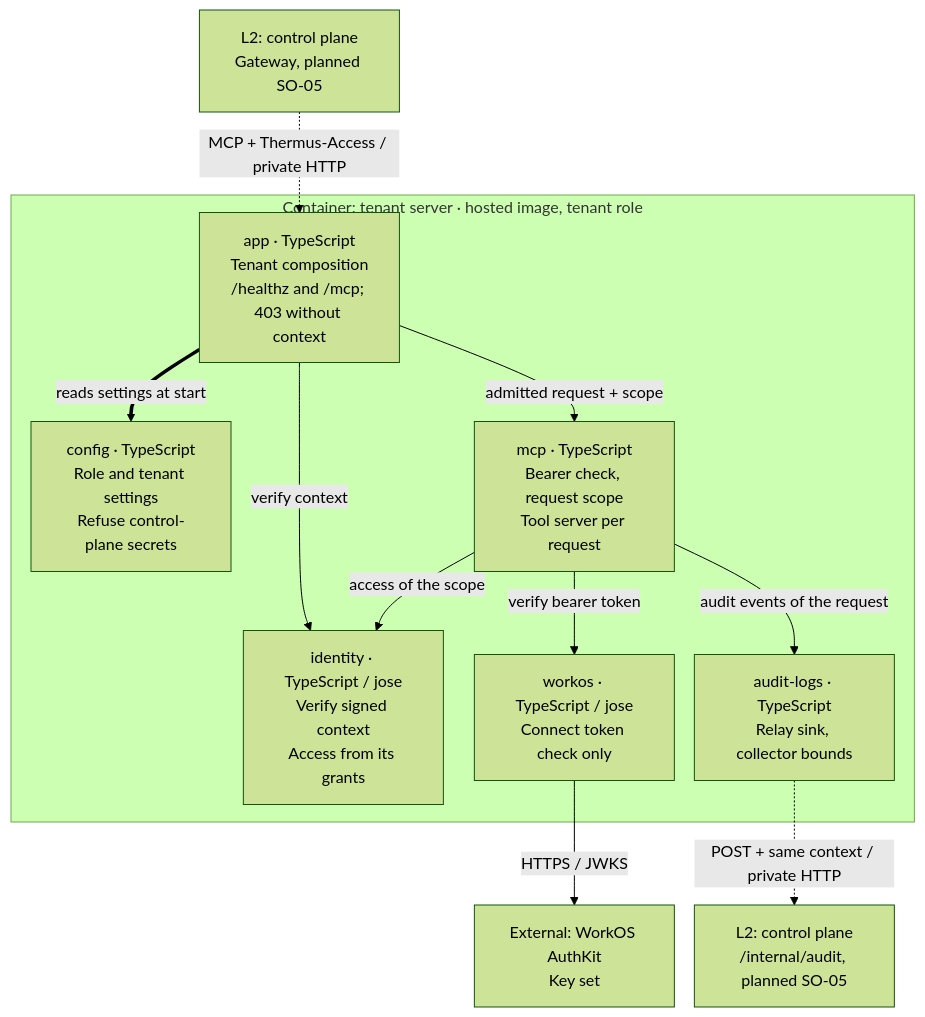
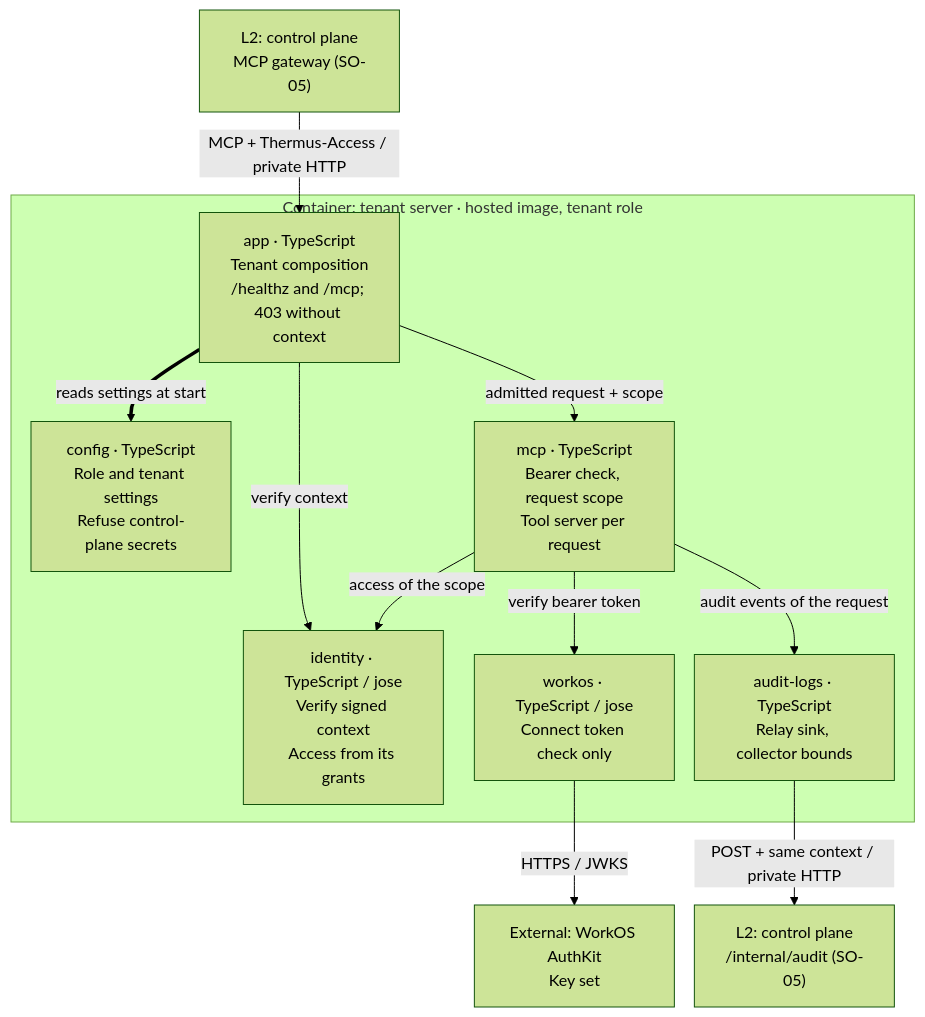
Before and after one commit to tomer-mayara/Thermus: the sixth of 20 diagrams in architecture/components.md, drawn with Mermaid (forest theme). The commit also changed other lines of this file and 89 other files, not shown here.

First line of the commit message:
Add the MCP gateway and the audit relay route behind MCP_TENANTS_ENABLED (SO-05) (#285)

````diff
--- a/architecture/components.md
+++ b/architecture/components.md
@@ -298,24 +300,24 @@
 ```mermaid
 %%{init: {"flowchart": {"wrappingWidth": 140, "nodeSpacing": 20, "rankSpacing": 35}}}%%
 flowchart TB
-  tenant_gateway["L2: control plane<br/>Gateway, planned SO-05"]
+  tenant_gateway["L2: control plane<br/>MCP gateway (SO-05)"]
   subgraph tenant_server["Container: tenant server · hosted image, tenant role"]
     tenant_app["app · TypeScript<br/>Tenant composition<br/>/healthz and /mcp; 403 without context"]
     tenant_config["config · TypeScript<br/>Role and tenant settings<br/>Refuse control-plane secrets"]
     tenant_identity["identity · TypeScript / jose<br/>Verify signed context<br/>Access from its grants"]
     tenant_mcp["mcp · TypeScript<br/>Bearer check, request scope<br/>Tool server per request"]
     tenant_workos["workos · TypeScript / jose<br/>Connect token check only"]
     tenant_audit["audit-logs · TypeScript<br/>Relay sink, collector bounds"]
   end
   tenant_authkit["External: WorkOS AuthKit<br/>Key set"]
-  tenant_route["L2: control plane<br/>/internal/audit, planned SO-05"]
-  tenant_gateway -.->|MCP + Thermus-Access / private HTTP| tenant_app
+  tenant_route["L2: control plane<br/>/internal/audit (SO-05)"]
+  tenant_gateway -->|MCP + Thermus-Access / private HTTP| tenant_app
   tenant_app ==>|reads settings at start| tenant_config
   tenant_app -->|verify context| tenant_identity
   tenant_app -->|admitted request + scope| tenant_mcp
   tenant_mcp -->|verify bearer token| tenant_workos
   tenant_mcp -->|access of the scope| tenant_identity
   tenant_mcp -->|audit events of the request| tenant_audit
   tenant_workos -->|HTTPS / JWKS| tenant_authkit
-  tenant_audit -.->|POST + same context / private HTTP| tenant_route
+  tenant_audit -->|POST + same context / private HTTP| tenant_route
 ```
````
